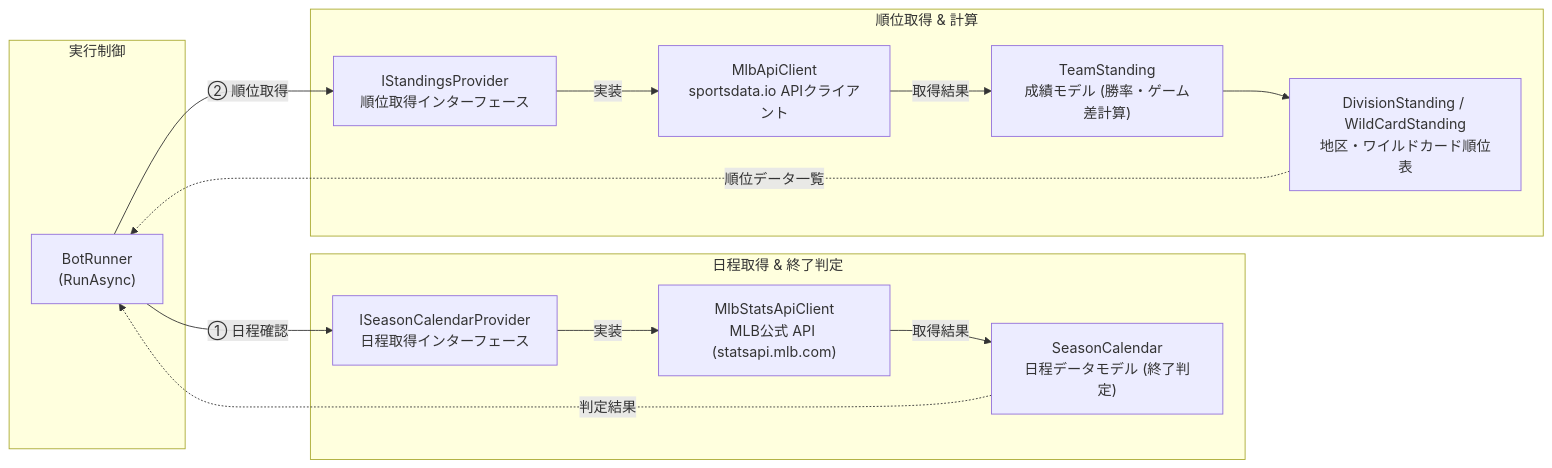
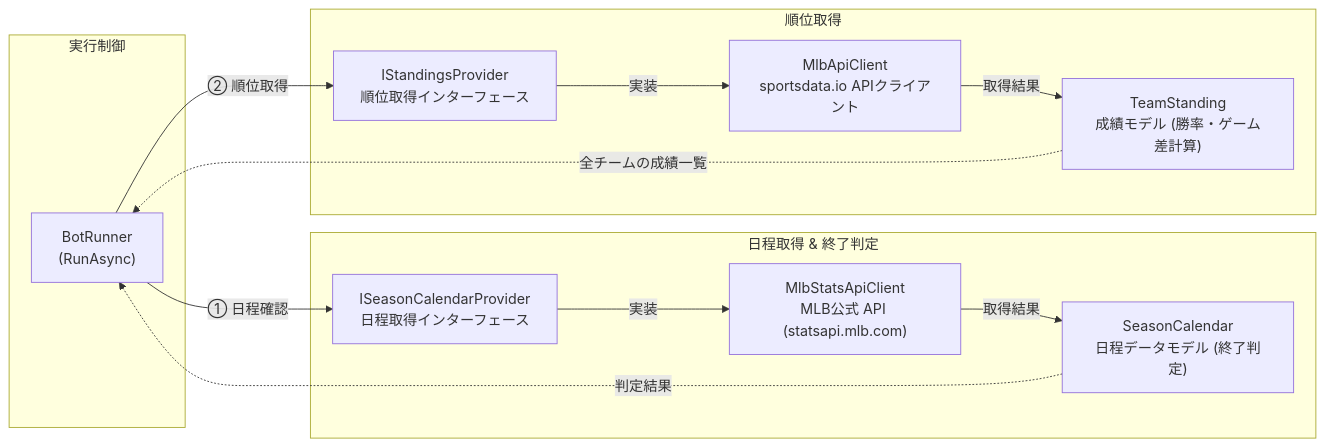
The third of 7 diagrams in docs/development.md (shin4488/MlbBot), drawn with Mermaid before and after one commit. The commit also changed other lines of this file and 14 other files, not shown here.

````diff
--- a/docs/development.md
+++ b/docs/development.md
@@ -108,31 +108,29 @@
 ```mermaid
 flowchart LR
     subgraph Caller["実行制御"]
         BR1["BotRunner<br>(RunAsync)"]
     end
 
     subgraph Calendar["日程取得 & 終了判定"]
         ISC["ISeasonCalendarProvider<br>日程取得インターフェース"] -->|実装| MSC["MlbStatsApiClient<br>MLB公式 API (statsapi.mlb.com)"]
         MSC -->|取得結果| SC["SeasonCalendar<br>日程データモデル (終了判定)"]
     end
 
-    subgraph Standings["順位取得 & 計算"]
+    subgraph Standings["順位取得"]
         ISP["IStandingsProvider<br>順位取得インターフェース"] -->|実装| MAC["MlbApiClient<br>sportsdata.io APIクライアント"]
         MAC -->|取得結果| TS["TeamStanding<br>成績モデル (勝率・ゲーム差計算)"]
-        TS --> DS["DivisionStanding / WildCardStanding<br>地区・ワイルドカード順位表"]
     end
 
     BR1 -->|① 日程確認| ISC
     SC -.->|判定結果| BR1
     BR1 -->|② 順位取得| ISP
-    DS -.->|順位データ一覧| BR1
+    TS -.->|全チームの成績一覧| BR1
 
     click BR1 "../TwitterMlbBot/BotRunner.cs"
     click ISC "../TwitterMlbBot/Mlb/ISeasonCalendarProvider.cs"
     click MSC "../TwitterMlbBot/Mlb/MlbStatsApiClient.cs"
     click SC "../TwitterMlbBot/Mlb/SeasonCalendar.cs"
     click ISP "../TwitterMlbBot/Mlb/IStandingsProvider.cs"
     click MAC "../TwitterMlbBot/Mlb/MlbApiClient.cs"
     click TS "../TwitterMlbBot/Mlb/TeamStanding.cs"
-    click DS "../TwitterMlbBot/Mlb/"
 ```
````
